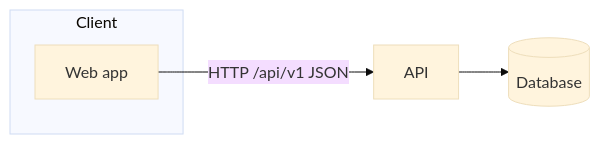
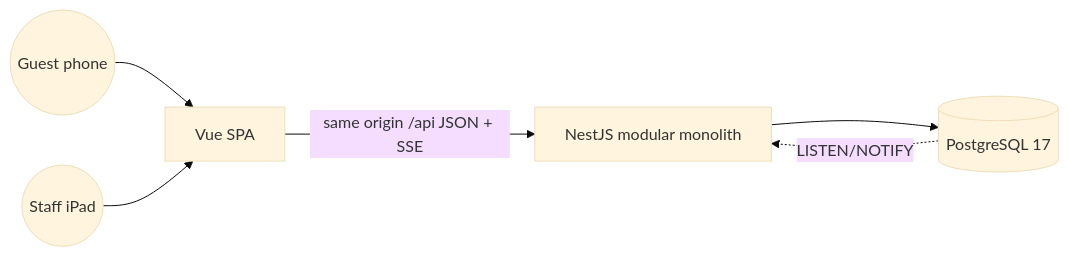
One commit to deputychinh/TableQR changed the diagram in docs/architecture/README.md. Above: the diagram before and after it, drawn with Mermaid (base theme). The commit also changed other lines of this file and 10 other files, not shown here.

````diff
--- a/docs/architecture/README.md
+++ b/docs/architecture/README.md
@@ -3,8 +3,8 @@
 ```mermaid
 flowchart LR
-  subgraph Client
-    web[Web app]
-  end
-  web -->|HTTP /api/v1 JSON| api[API]
-  api --> db[(Database)]
+  guest((Guest phone)) --> web
+  staff((Staff iPad)) --> web
+  web[Vue SPA] -->|same origin /api JSON + SSE| api[NestJS modular monolith]
+  api --> db[(PostgreSQL 17)]
+  db -. LISTEN/NOTIFY .-> api
 ```
````
